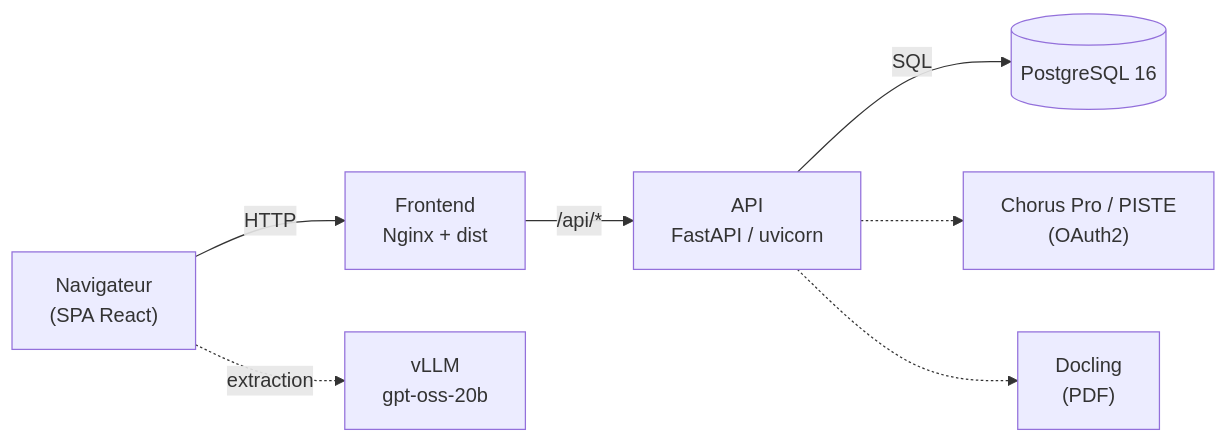
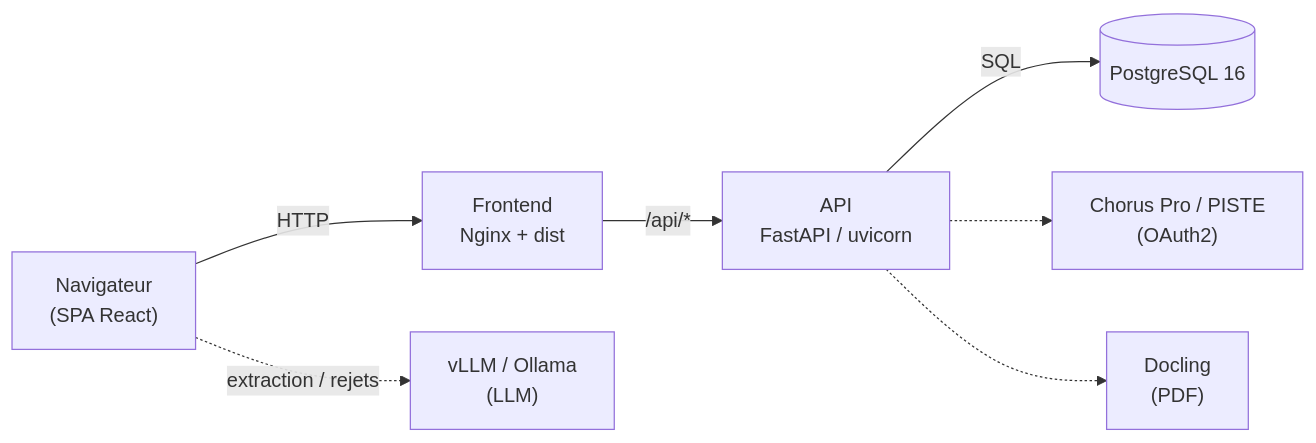
The diagram in docs/DAP-chorus-pilot.md (JADIAhmedAmine/chorus-path-finder-main), drawn with Mermaid before and after one commit. The commit also changed other lines of this file, not shown here.

````diff
--- a/docs/DAP-chorus-pilot.md
+++ b/docs/DAP-chorus-pilot.md
@@ -110,19 +144,19 @@
 ```mermaid
 flowchart LR
     NAV["Navigateur<br/>(SPA React)"]
     FRONT["Frontend<br/>Nginx + dist"]
     API["API<br/>FastAPI / uvicorn"]
     DB[("PostgreSQL 16")]
 
     NAV -->|HTTP| FRONT
     FRONT -->|/api/*| API
     API -->|SQL| DB
 
     PISTE["Chorus Pro / PISTE<br/>(OAuth2)"]
     DOCLING["Docling<br/>(PDF)"]
-    VLLM["vLLM<br/>gpt-oss-20b"]
+    VLLM["vLLM / Ollama<br/>(LLM)"]
 
     API -.-> PISTE
     API -.-> DOCLING
-    NAV -.->|extraction| VLLM
+    NAV -.->|extraction / rejets| VLLM
 ```
````
